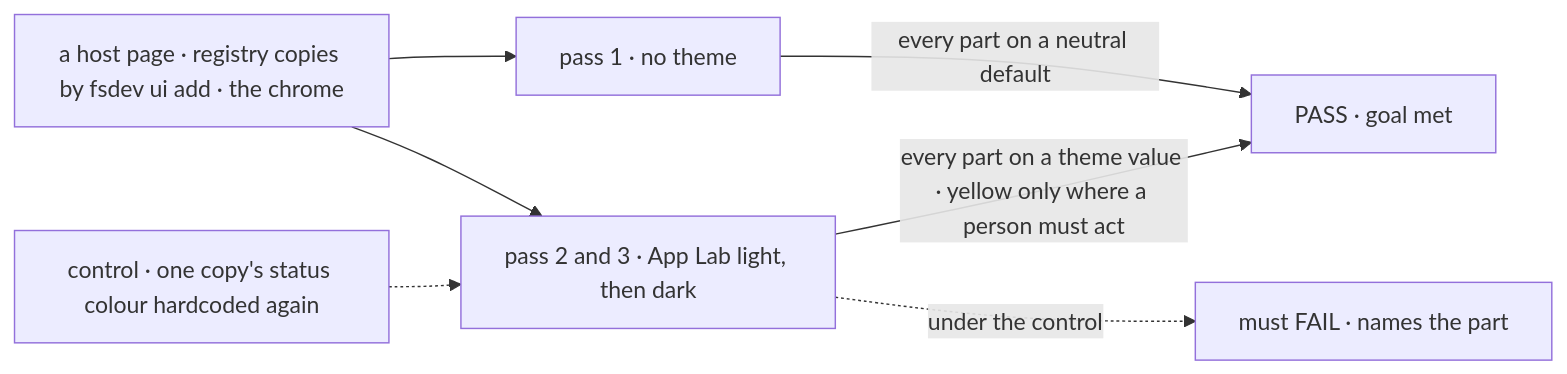
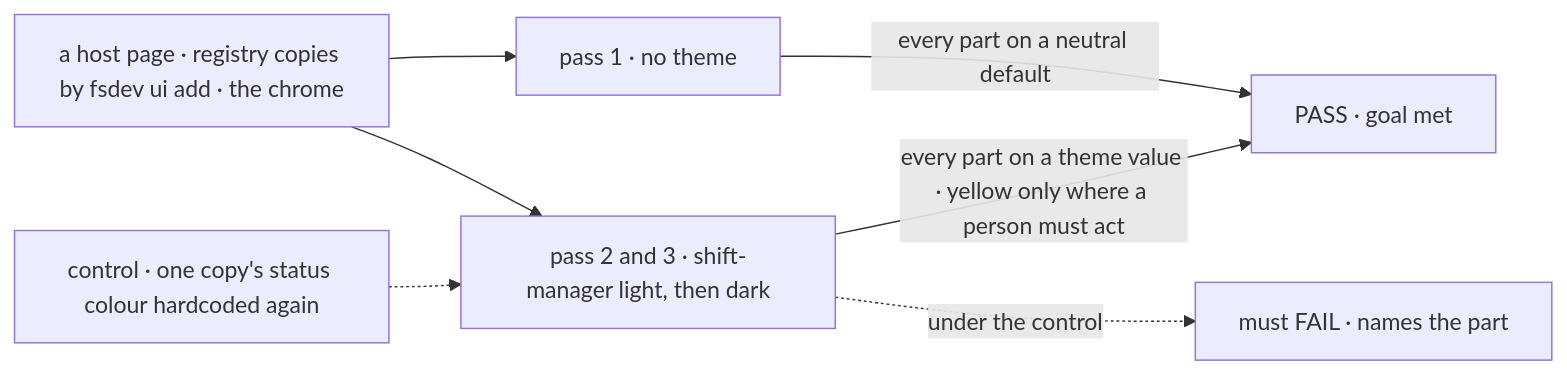
One commit to fixpoint-labs/flow-state-dev changed the first of 2 diagrams in specs/issues/FIX-1655/SPEC.md. Above: the diagram before and after it, drawn with Mermaid. The commit also changed other lines of this file and 383 other files, not shown here.

First line of the commit message:
refactor: rename app-lab to shift-manager (FIX-1706)

````diff
--- a/specs/issues/FIX-1655/SPEC.md
+++ b/specs/issues/FIX-1655/SPEC.md
@@ -30,9 +30,9 @@
 ```mermaid
 flowchart LR
   H["a host page · registry copies by fsdev ui add · the chrome"] --> N["pass 1 · no theme"]
-  H --> T["pass 2 and 3 · App Lab light, then dark"]
+  H --> T["pass 2 and 3 · shift-manager light, then dark"]
   N -->|"every part on a neutral default"| P["PASS · goal met"]
   T -->|"every part on a theme value · yellow only where a person must act"| P
   C["control · one copy's status colour hardcoded again"] -.-> T
   T -.->|"under the control"| F["must FAIL · names the part"]
 ```
````
